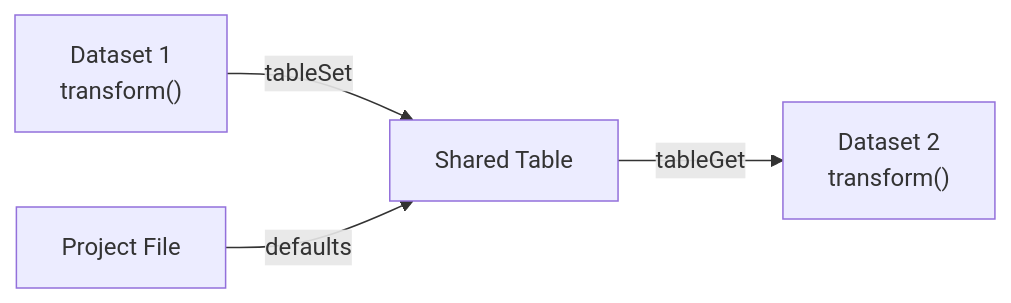
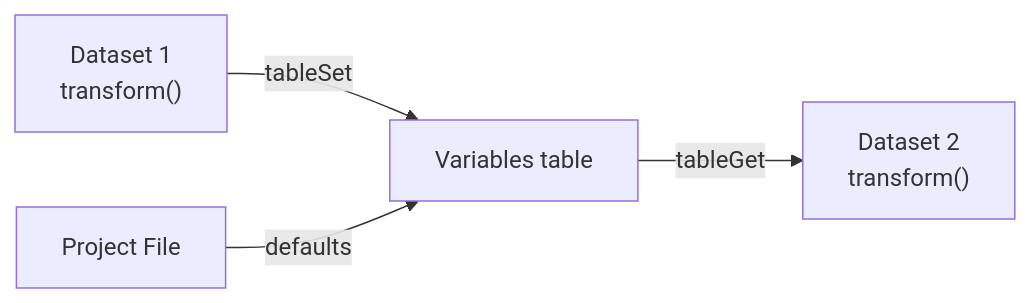
The diagram in doc/help/Variables.md (Serial-Studio/Serial-Studio), drawn with Mermaid before and after one commit. The commit also changed other lines of this file and 335 other files, not shown here.

````diff
--- a/doc/help/Variables.md
+++ b/doc/help/Variables.md
@@ -13,6 +13,6 @@
 ```mermaid
 flowchart LR
-    A["Dataset 1<br/>transform()"] -->|tableSet| C["Shared Table"]
+    A["Dataset 1<br/>transform()"] -->|tableSet| C["Variables table"]
     C -->|tableGet| B["Dataset 2<br/>transform()"]
     D["Project File"] -->|defaults| C
 ```
````
